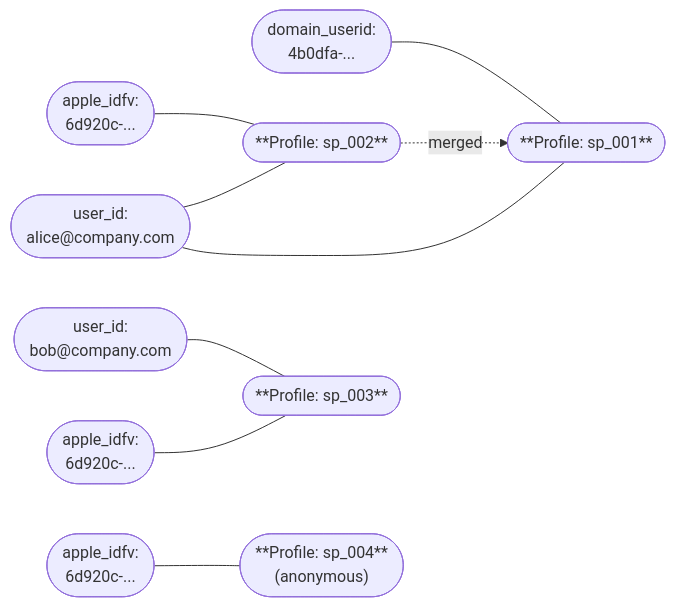
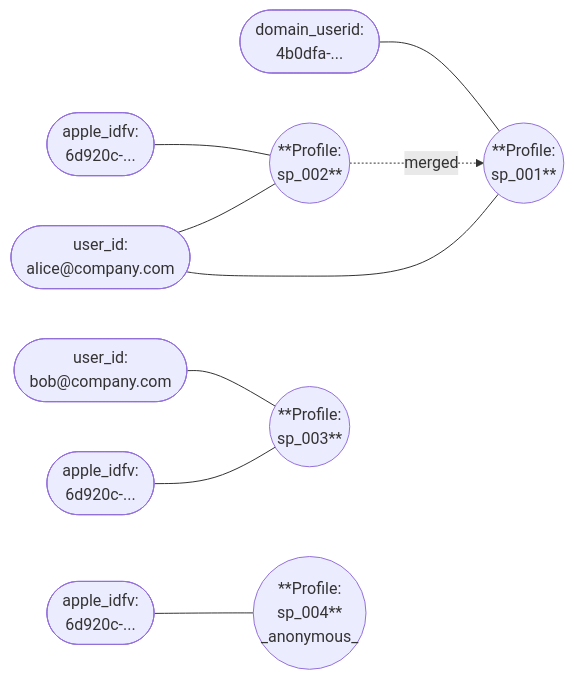
One commit to snowplow/documentation changed the sixth of 9 diagrams in docs/identities/concepts/index.md. Above: the diagram before and after it, drawn with Mermaid. The commit also changed other lines of this file and 2 other files, not shown here.

````diff
--- a/docs/identities/concepts/index.md
+++ b/docs/identities/concepts/index.md
@@ -169,26 +176,26 @@
 ```mermaid
 graph LR
     A(["domain_userid:<br/>4b0dfa-..."])
     B(["user_id:<br/>alice@company.com"])
     C1(["apple_idfv:<br/>6d920c-..."])
-    P1(["**Profile: sp_001**"])
-    P2(["**Profile: sp_002**"])
+    P1(("**Profile:<br/> sp_001**"))
+    P2(("**Profile:<br/> sp_002**"))
 
     A --- P1
     B --- P1
     C1 --- P2
     B --- P2
     P2 -. merged .-> P1
 
     C2(["apple_idfv:<br/>6d920c-..."])
     BobB(["user_id:<br/>bob@company.com"])
-    BobC(["**Profile: sp_003**"])
+    BobC(("**Profile:<br/>sp_003**"))
 
     C2 --- BobC
     BobB --- BobC
 
     C3(["apple_idfv:<br/>6d920c-..."])
-    AnonP(["**Profile: sp_004**<br/>(anonymous)"])
+    AnonP(("**Profile:<br/>sp_004**<br/>_anonymous_"))
 
     C3 --- AnonP
 ```
````
